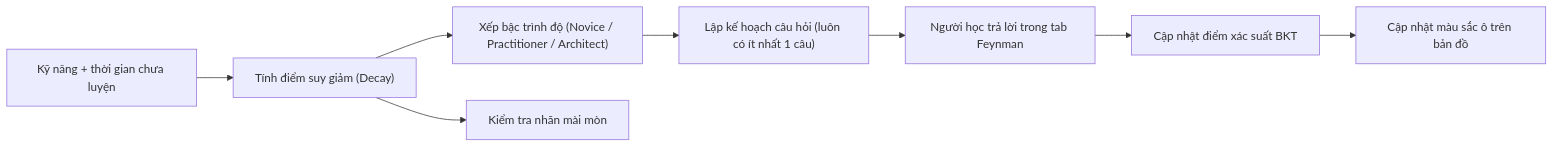
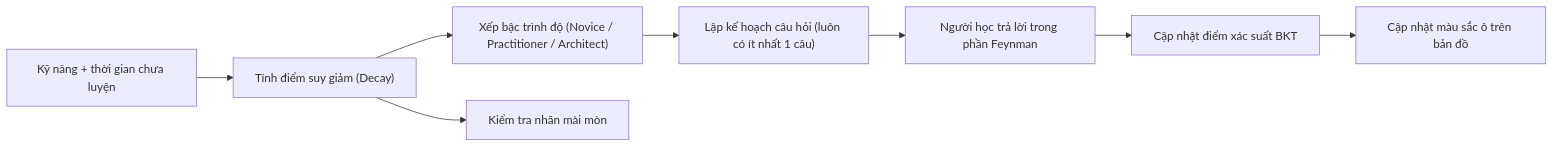
One commit to huynhthanhnhannnh-pixel/Hackathon_SGU changed the first of 6 diagrams in doc-de-hieu/04_bkt_va_cau_hoi.md. Above: the diagram before and after it, drawn with Mermaid. The commit also changed other lines of this file and 10 other files, not shown here.

````diff
--- a/doc-de-hieu/04_bkt_va_cau_hoi.md
+++ b/doc-de-hieu/04_bkt_va_cau_hoi.md
@@ -19,10 +19,10 @@
 ```mermaid
 flowchart LR
   SKILL["Kỹ năng + thời gian chưa luyện"] --> DEC["Tính điểm suy giảm (Decay)"]
   DEC --> TIER["Xếp bậc trình độ (Novice / Practitioner / Architect)"]
   DEC --> MM["Kiểm tra nhãn mài mòn"]
   TIER --> PLAN["Lập kế hoạch câu hỏi (luôn có ít nhất 1 câu)"]
-  PLAN --> ANS["Người học trả lời trong tab Feynman"]
+  PLAN --> ANS["Người học trả lời trong phần Feynman"]
   ANS --> UPD["Cập nhật điểm xác suất BKT"]
   UPD --> STAT["Cập nhật màu sắc ô trên bản đồ"]
 ```
````
